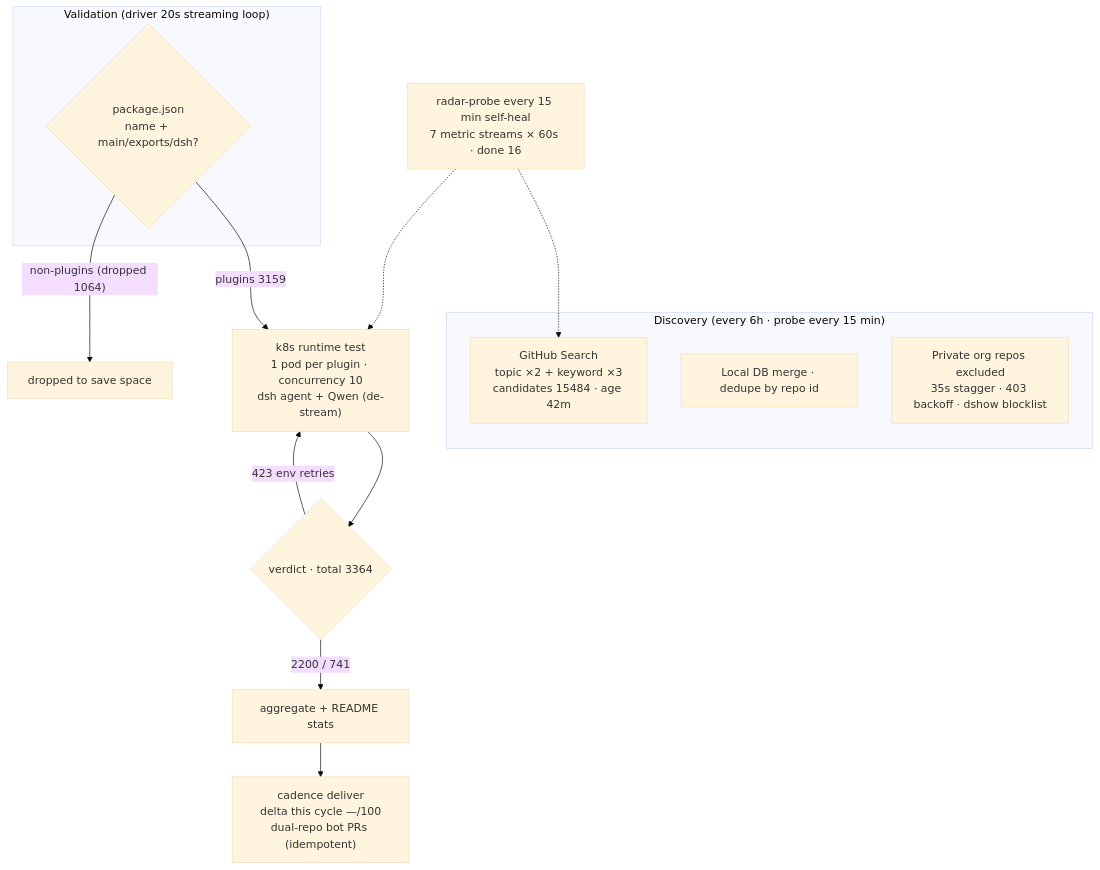
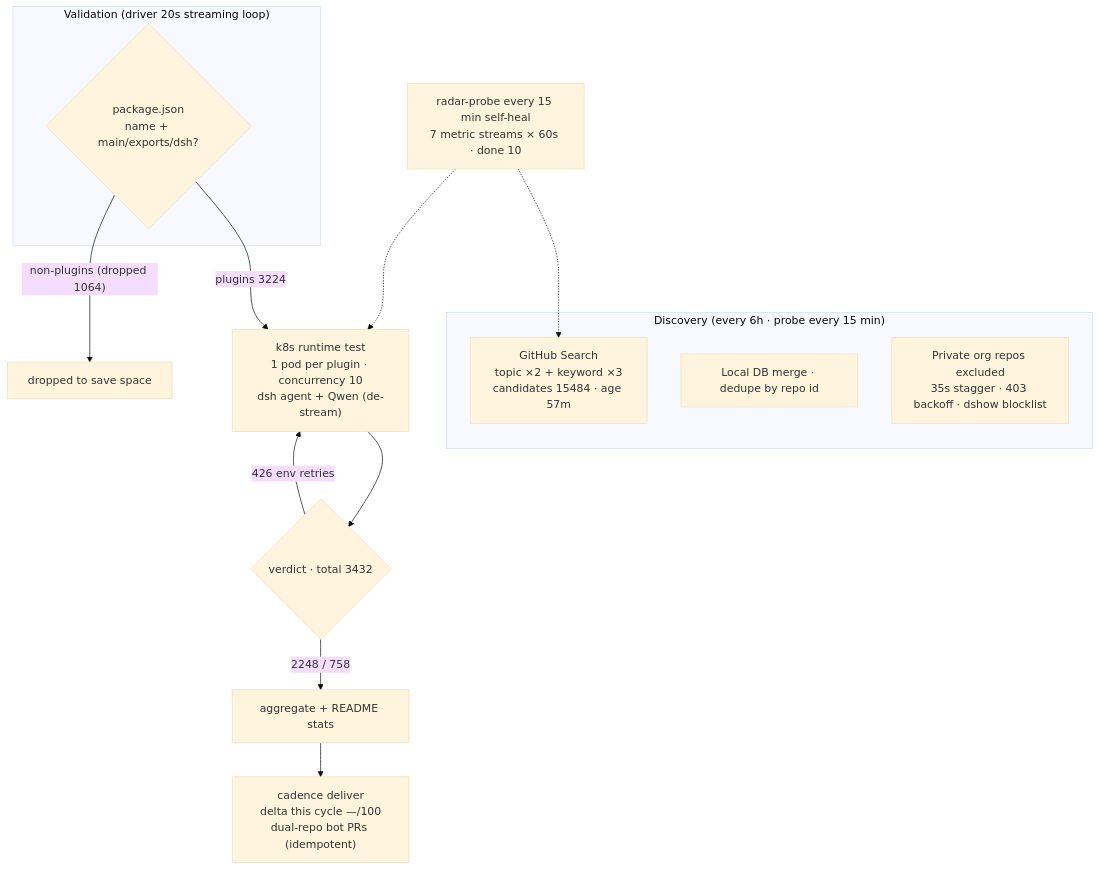
One commit to AdamPlatin123/awesome-dsh-plugins changed the diagram in README.en-US.md. Above: the diagram before and after it, drawn with Mermaid (base theme). The commit also changed other lines of this file and 5 other files, not shown here.

````diff
--- a/README.en-US.md
+++ b/README.en-US.md
@@ -30,20 +30,20 @@
 ```mermaid
 flowchart TB
     subgraph Discovery["Discovery (every 6h · probe every 15 min)"]
-        A1["GitHub Search<br/>topic ×2 + keyword ×3<br/>candidates 15484 · age 42m"]
+        A1["GitHub Search<br/>topic ×2 + keyword ×3<br/>candidates 15484 · age 57m"]
         A2["Local DB merge · dedupe by repo id"]
         A3["Private org repos excluded<br/>35s stagger · 403 backoff · dshow blocklist"]
     end
     subgraph Validation["Validation (driver 20s streaming loop)"]
         B1{"package.json<br/>name + main/exports/dsh?"}
     end
-    B1 -->|"plugins 3159"| C1["k8s runtime test<br/>1 pod per plugin · concurrency 10<br/>dsh agent + Qwen (de-stream)"]
+    B1 -->|"plugins 3224"| C1["k8s runtime test<br/>1 pod per plugin · concurrency 10<br/>dsh agent + Qwen (de-stream)"]
     B1 -->|"non-plugins (dropped 1064)"| B3["dropped to save space"]
-    C1 --> D1{"verdict · total 3364"}
-    D1 -->|"2200 / 741"| E1["aggregate + README stats"]
-    D1 -->|"423 env retries"| C1
+    C1 --> D1{"verdict · total 3432"}
+    D1 -->|"2248 / 758"| E1["aggregate + README stats"]
+    D1 -->|"426 env retries"| C1
     E1 --> E2["cadence deliver<br/>delta this cycle —/100<br/>dual-repo bot PRs (idempotent)"]
-    M["radar-probe every 15 min self-heal<br/>7 metric streams × 60s · done 16"]
+    M["radar-probe every 15 min self-heal<br/>7 metric streams × 60s · done 10"]
     M -.-> A1
     M -.-> C1
 ```
````
